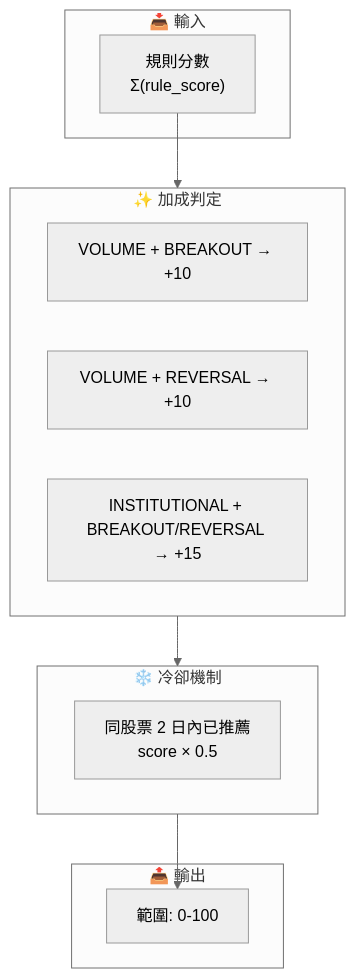
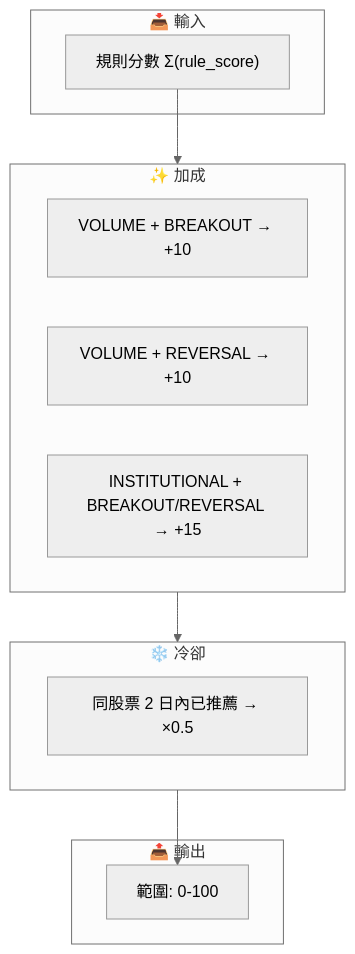
Before and after one commit to Neal75418/afterclose: the third of 3 diagrams in docs/RULE_ENGINE.md, drawn with Mermaid (neutral theme). The commit also changed other lines of this file and 29 other files, not shown here.

````diff
--- a/docs/RULE_ENGINE.md
+++ b/docs/RULE_ENGINE.md
@@ -146,22 +146,22 @@
 ```mermaid
 flowchart TB
     subgraph Input["📥 輸入"]
-        Rules["規則分數<br/>Σ(rule_score)"]
+        Rules["規則分數 Σ(rule_score)"]
     end
 
-    subgraph Bonus["✨ 加成判定"]
+    subgraph Bonus["✨ 加成"]
         B1["VOLUME + BREAKOUT → +10"]
         B2["VOLUME + REVERSAL → +10"]
         B3["INSTITUTIONAL + BREAKOUT/REVERSAL → +15"]
     end
 
-    subgraph Penalty["❄️ 冷卻機制"]
-        P1["同股票 2 日內已推薦<br/>score × 0.5"]
+    subgraph Penalty["❄️ 冷卻"]
+        P1["同股票 2 日內已推薦 → ×0.5"]
     end
 
     subgraph Output["📤 輸出"]
         Cap["範圍: 0-100"]
     end
 
     Rules --> Bonus --> Penalty --> Cap
 ```
````
